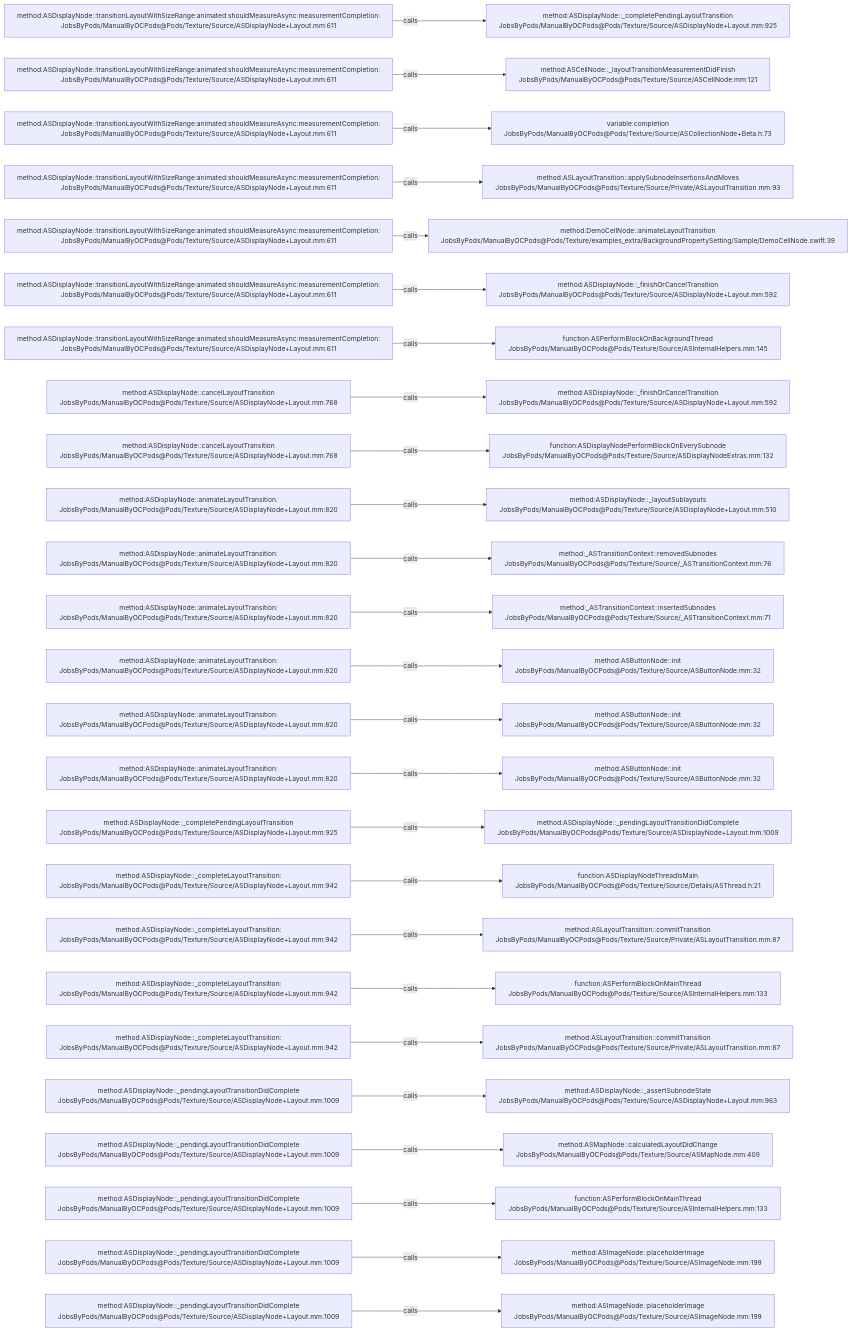
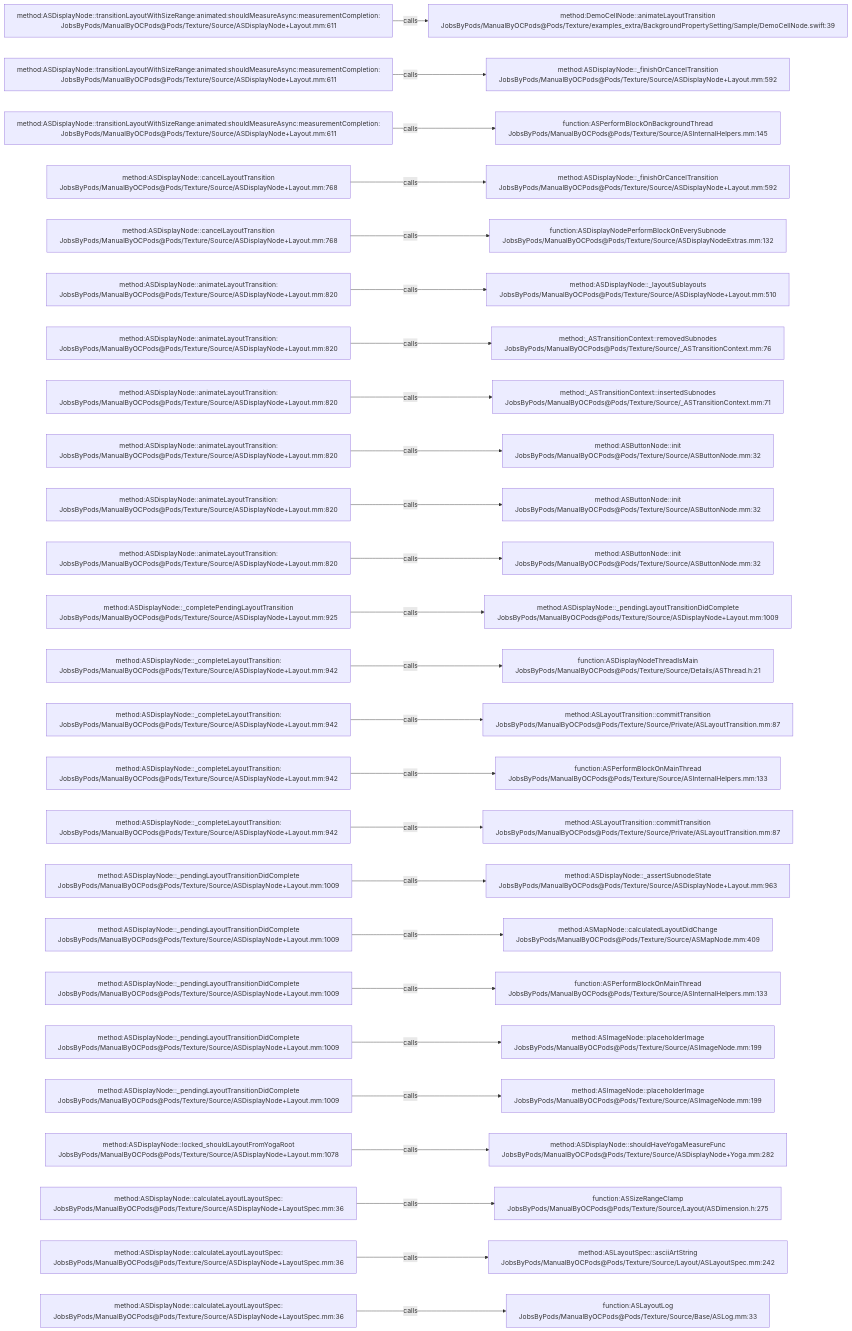
The diagram in .codegraph/codegraph.md/graphs/calls-091.md (JobsKits/JobsOCBaseConfigDemo), drawn with Mermaid before and after one commit. The commit also changed 727 other files, not shown here.

````diff
--- a/.codegraph/codegraph.md/graphs/calls-091.md
+++ b/.codegraph/codegraph.md/graphs/calls-091.md
@@ -13,78 +13,78 @@
 ```mermaid
 flowchart LR
   S1["method:ASDisplayNode::transitionLayoutWithSizeRange:animated:shouldMeasureAsync:measurementCompletion:<br/>JobsByPods/ManualByOCPods@Pods/Texture/Source/ASDisplayNode+Layout.mm:611"]
-  T1["method:ASDisplayNode::_completePendingLayoutTransition<br/>JobsByPods/ManualByOCPods@Pods/Texture/Source/ASDisplayNode+Layout.mm:925"]
+  T1["method:DemoCellNode::animateLayoutTransition<br/>JobsByPods/ManualByOCPods@Pods/Texture/examples_extra/BackgroundPropertySetting/Sample/DemoCellNode.swift:39"]
   S1 -->|calls| T1
   S2["method:ASDisplayNode::transitionLayoutWithSizeRange:animated:shouldMeasureAsync:measurementCompletion:<br/>JobsByPods/ManualByOCPods@Pods/Texture/Source/ASDisplayNode+Layout.mm:611"]
-  T2["method:ASCellNode::_layoutTransitionMeasurementDidFinish<br/>JobsByPods/ManualByOCPods@Pods/Texture/Source/ASCellNode.mm:121"]
+  T2["method:ASDisplayNode::_finishOrCancelTransition<br/>JobsByPods/ManualByOCPods@Pods/Texture/Source/ASDisplayNode+Layout.mm:592"]
   S2 -->|calls| T2
   S3["method:ASDisplayNode::transitionLayoutWithSizeRange:animated:shouldMeasureAsync:measurementCompletion:<br/>JobsByPods/ManualByOCPods@Pods/Texture/Source/ASDisplayNode+Layout.mm:611"]
-  T3["variable:completion<br/>JobsByPods/ManualByOCPods@Pods/Texture/Source/ASCollectionNode+Beta.h:73"]
+  T3["function:ASPerformBlockOnBackgroundThread<br/>JobsByPods/ManualByOCPods@Pods/Texture/Source/ASInternalHelpers.mm:145"]
   S3 -->|calls| T3
-  S4["method:ASDisplayNode::transitionLayoutWithSizeRange:animated:shouldMeasureAsync:measurementCompletion:<br/>JobsByPods/ManualByOCPods@Pods/Texture/Source/ASDisplayNode+Layout.mm:611"]
-  T4["method:ASLayoutTransition::applySubnodeInsertionsAndMoves<br/>JobsByPods/ManualByOCPods@Pods/Texture/Source/Private/ASLayoutTransition.mm:93"]
+  S4["method:ASDisplayNode::cancelLayoutTransition<br/>JobsByPods/ManualByOCPods@Pods/Texture/Source/ASDisplayNode+Layout.mm:768"]
+  T4["method:ASDisplayNode::_finishOrCancelTransition<br/>JobsByPods/ManualByOCPods@Pods/Texture/Source/ASDisplayNode+Layout.mm:592"]
   S4 -->|calls| T4
-  S5["method:ASDisplayNode::transitionLayoutWithSizeRange:animated:shouldMeasureAsync:measurementCompletion:<br/>JobsByPods/ManualByOCPods@Pods/Texture/Source/ASDisplayNode+Layout.mm:611"]
-  T5["method:DemoCellNode::animateLayoutTransition<br/>JobsByPods/ManualByOCPods@Pods/Texture/examples_extra/BackgroundPropertySetting/Sample/DemoCellNode.swift:39"]
+  S5["method:ASDisplayNode::cancelLayoutTransition<br/>JobsByPods/ManualByOCPods@Pods/Texture/Source/ASDisplayNode+Layout.mm:768"]
+  T5["function:ASDisplayNodePerformBlockOnEverySubnode<br/>JobsByPods/ManualByOCPods@Pods/Texture/Source/ASDisplayNodeExtras.mm:132"]
   S5 -->|calls| T5
-  S6["method:ASDisplayNode::transitionLayoutWithSizeRange:animated:shouldMeasureAsync:measurementCompletion:<br/>JobsByPods/ManualByOCPods@Pods/Texture/Source/ASDisplayNode+Layout.mm:611"]
-  T6["method:ASDisplayNode::_finishOrCancelTransition<br/>JobsByPods/ManualByOCPods@Pods/Texture/Source/ASDisplayNode+Layout.mm:592"]
+  S6["method:ASDisplayNode::animateLayoutTransition:<br/>JobsByPods/ManualByOCPods@Pods/Texture/Source/ASDisplayNode+Layout.mm:820"]
+  T6["method:ASDisplayNode::_layoutSublayouts<br/>JobsByPods/ManualByOCPods@Pods/Texture/Source/ASDisplayNode+Layout.mm:510"]
   S6 -->|calls| T6
-  S7["method:ASDisplayNode::transitionLayoutWithSizeRange:animated:shouldMeasureAsync:measurementCompletion:<br/>JobsByPods/ManualByOCPods@Pods/Texture/Source/ASDisplayNode+Layout.mm:611"]
-  T7["function:ASPerformBlockOnBackgroundThread<br/>JobsByPods/ManualByOCPods@Pods/Texture/Source/ASInternalHelpers.mm:145"]
+  S7["method:ASDisplayNode::animateLayoutTransition:<br/>JobsByPods/ManualByOCPods@Pods/Texture/Source/ASDisplayNode+Layout.mm:820"]
+  T7["method:_ASTransitionContext::removedSubnodes<br/>JobsByPods/ManualByOCPods@Pods/Texture/Source/_ASTransitionContext.mm:76"]
   S7 -->|calls| T7
-  S8["method:ASDisplayNode::cancelLayoutTransition<br/>JobsByPods/ManualByOCPods@Pods/Texture/Source/ASDisplayNode+Layout.mm:768"]
-  T8["method:ASDisplayNode::_finishOrCancelTransition<br/>JobsByPods/ManualByOCPods@Pods/Texture/Source/ASDisplayNode+Layout.mm:592"]
+  S8["method:ASDisplayNode::animateLayoutTransition:<br/>JobsByPods/ManualByOCPods@Pods/Texture/Source/ASDisplayNode+Layout.mm:820"]
+  T8["method:_ASTransitionContext::insertedSubnodes<br/>JobsByPods/ManualByOCPods@Pods/Texture/Source/_ASTransitionContext.mm:71"]
   S8 -->|calls| T8
-  S9["method:ASDisplayNode::cancelLayoutTransition<br/>JobsByPods/ManualByOCPods@Pods/Texture/Source/ASDisplayNode+Layout.mm:768"]
-  T9["function:ASDisplayNodePerformBlockOnEverySubnode<br/>JobsByPods/ManualByOCPods@Pods/Texture/Source/ASDisplayNodeExtras.mm:132"]
+  S9["method:ASDisplayNode::animateLayoutTransition:<br/>JobsByPods/ManualByOCPods@Pods/Texture/Source/ASDisplayNode+Layout.mm:820"]
+  T9["method:ASButtonNode::init<br/>JobsByPods/ManualByOCPods@Pods/Texture/Source/ASButtonNode.mm:32"]
   S9 -->|calls| T9
   S10["method:ASDisplayNode::animateLayoutTransition:<br/>JobsByPods/ManualByOCPods@Pods/Texture/Source/ASDisplayNode+Layout.mm:820"]
-  T10["method:ASDisplayNode::_layoutSublayouts<br/>JobsByPods/ManualByOCPods@Pods/Texture/Source/ASDisplayNode+Layout.mm:510"]
+  T10["method:ASButtonNode::init<br/>JobsByPods/ManualByOCPods@Pods/Texture/Source/ASButtonNode.mm:32"]
   S10 -->|calls| T10
   S11["method:ASDisplayNode::animateLayoutTransition:<br/>JobsByPods/ManualByOCPods@Pods/Texture/Source/ASDisplayNode+Layout.mm:820"]
-  T11["method:_ASTransitionContext::removedSubnodes<br/>JobsByPods/ManualByOCPods@Pods/Texture/Source/_ASTransitionContext.mm:76"]
+  T11["method:ASButtonNode::init<br/>JobsByPods/ManualByOCPods@Pods/Texture/Source/ASButtonNode.mm:32"]
   S11 -->|calls| T11
-  S12["method:ASDisplayNode::animateLayoutTransition:<br/>JobsByPods/ManualByOCPods@Pods/Texture/Source/ASDisplayNode+Layout.mm:820"]
-  T12["method:_ASTransitionContext::insertedSubnodes<br/>JobsByPods/ManualByOCPods@Pods/Texture/Source/_ASTransitionContext.mm:71"]
+  S12["method:ASDisplayNode::_completePendingLayoutTransition<br/>JobsByPods/ManualByOCPods@Pods/Texture/Source/ASDisplayNode+Layout.mm:925"]
+  T12["method:ASDisplayNode::_pendingLayoutTransitionDidComplete<br/>JobsByPods/ManualByOCPods@Pods/Texture/Source/ASDisplayNode+Layout.mm:1009"]
   S12 -->|calls| T12
-  S13["method:ASDisplayNode::animateLayoutTransition:<br/>JobsByPods/ManualByOCPods@Pods/Texture/Source/ASDisplayNode+Layout.mm:820"]
-  T13["method:ASButtonNode::init<br/>JobsByPods/ManualByOCPods@Pods/Texture/Source/ASButtonNode.mm:32"]
+  S13["method:ASDisplayNode::_completeLayoutTransition:<br/>JobsByPods/ManualByOCPods@Pods/Texture/Source/ASDisplayNode+Layout.mm:942"]
+  T13["function:ASDisplayNodeThreadIsMain<br/>JobsByPods/ManualByOCPods@Pods/Texture/Source/Details/ASThread.h:21"]
   S13 -->|calls| T13
-  S14["method:ASDisplayNode::animateLayoutTransition:<br/>JobsByPods/ManualByOCPods@Pods/Texture/Source/ASDisplayNode+Layout.mm:820"]
-  T14["method:ASButtonNode::init<br/>JobsByPods/ManualByOCPods@Pods/Texture/Source/ASButtonNode.mm:32"]
+  S14["method:ASDisplayNode::_completeLayoutTransition:<br/>JobsByPods/ManualByOCPods@Pods/Texture/Source/ASDisplayNode+Layout.mm:942"]
+  T14["method:ASLayoutTransition::commitTransition<br/>JobsByPods/ManualByOCPods@Pods/Texture/Source/Private/ASLayoutTransition.mm:87"]
   S14 -->|calls| T14
-  S15["method:ASDisplayNode::animateLayoutTransition:<br/>JobsByPods/ManualByOCPods@Pods/Texture/Source/ASDisplayNode+Layout.mm:820"]
-  T15["method:ASButtonNode::init<br/>JobsByPods/ManualByOCPods@Pods/Texture/Source/ASButtonNode.mm:32"]
+  S15["method:ASDisplayNode::_completeLayoutTransition:<br/>JobsByPods/ManualByOCPods@Pods/Texture/Source/ASDisplayNode+Layout.mm:942"]
+  T15["function:ASPerformBlockOnMainThread<br/>JobsByPods/ManualByOCPods@Pods/Texture/Source/ASInternalHelpers.mm:133"]
   S15 -->|calls| T15
-  S16["method:ASDisplayNode::_completePendingLayoutTransition<br/>JobsByPods/ManualByOCPods@Pods/Texture/Source/ASDisplayNode+Layout.mm:925"]
-  T16["method:ASDisplayNode::_pendingLayoutTransitionDidComplete<br/>JobsByPods/ManualByOCPods@Pods/Texture/Source/ASDisplayNode+Layout.mm:1009"]
+  S16["method:ASDisplayNode::_completeLayoutTransition:<br/>JobsByPods/ManualByOCPods@Pods/Texture/Source/ASDisplayNode+Layout.mm:942"]
+  T16["method:ASLayoutTransition::commitTransition<br/>JobsByPods/ManualByOCPods@Pods/Texture/Source/Private/ASLayoutTransition.mm:87"]
   S16 -->|calls| T16
-  S17["method:ASDisplayNode::_completeLayoutTransition:<br/>JobsByPods/ManualByOCPods@Pods/Texture/Source/ASDisplayNode+Layout.mm:942"]
-  T17["function:ASDisplayNodeThreadIsMain<br/>JobsByPods/ManualByOCPods@Pods/Texture/Source/Details/ASThread.h:21"]
+  S17["method:ASDisplayNode::_pendingLayoutTransitionDidComplete<br/>JobsByPods/ManualByOCPods@Pods/Texture/Source/ASDisplayNode+Layout.mm:1009"]
+  T17["method:ASDisplayNode::_assertSubnodeState<br/>JobsByPods/ManualByOCPods@Pods/Texture/Source/ASDisplayNode+Layout.mm:963"]
   S17 -->|calls| T17
-  S18["method:ASDisplayNode::_completeLayoutTransition:<br/>JobsByPods/ManualByOCPods@Pods/Texture/Source/ASDisplayNode+Layout.mm:942"]
-  T18["method:ASLayoutTransition::commitTransition<br/>JobsByPods/ManualByOCPods@Pods/Texture/Source/Private/ASLayoutTransition.mm:87"]
+  S18["method:ASDisplayNode::_pendingLayoutTransitionDidComplete<br/>JobsByPods/ManualByOCPods@Pods/Texture/Source/ASDisplayNode+Layout.mm:1009"]
+  T18["method:ASMapNode::calculatedLayoutDidChange<br/>JobsByPods/ManualByOCPods@Pods/Texture/Source/ASMapNode.mm:409"]
   S18 -->|calls| T18
-  S19["method:ASDisplayNode::_completeLayoutTransition:<br/>JobsByPods/ManualByOCPods@Pods/Texture/Source/ASDisplayNode+Layout.mm:942"]
+  S19["method:ASDisplayNode::_pendingLayoutTransitionDidComplete<br/>JobsByPods/ManualByOCPods@Pods/Texture/Source/ASDisplayNode+Layout.mm:1009"]
   T19["function:ASPerformBlockOnMainThread<br/>JobsByPods/ManualByOCPods@Pods/Texture/Source/ASInternalHelpers.mm:133"]
   S19 -->|calls| T19
-  S20["method:ASDisplayNode::_completeLayoutTransition:<br/>JobsByPods/ManualByOCPods@Pods/Texture/Source/ASDisplayNode+Layout.mm:942"]
-  T20["method:ASLayoutTransition::commitTransition<br/>JobsByPods/ManualByOCPods@Pods/Texture/Source/Private/ASLayoutTransition.mm:87"]
+  S20["method:ASDisplayNode::_pendingLayoutTransitionDidComplete<br/>JobsByPods/ManualByOCPods@Pods/Texture/Source/ASDisplayNode+Layout.mm:1009"]
+  T20["method:ASImageNode::placeholderImage<br/>JobsByPods/ManualByOCPods@Pods/Texture/Source/ASImageNode.mm:199"]
   S20 -->|calls| T20
   S21["method:ASDisplayNode::_pendingLayoutTransitionDidComplete<br/>JobsByPods/ManualByOCPods@Pods/Texture/Source/ASDisplayNode+Layout.mm:1009"]
-  T21["method:ASDisplayNode::_assertSubnodeState<br/>JobsByPods/ManualByOCPods@Pods/Texture/Source/ASDisplayNode+Layout.mm:963"]
+  T21["method:ASImageNode::placeholderImage<br/>JobsByPods/ManualByOCPods@Pods/Texture/Source/ASImageNode.mm:199"]
   S21 -->|calls| T21
-  S22["method:ASDisplayNode::_pendingLayoutTransitionDidComplete<br/>JobsByPods/ManualByOCPods@Pods/Texture/Source/ASDisplayNode+Layout.mm:1009"]
-  T22["method:ASMapNode::calculatedLayoutDidChange<br/>JobsByPods/ManualByOCPods@Pods/Texture/Source/ASMapNode.mm:409"]
+  S22["method:ASDisplayNode::locked_shouldLayoutFromYogaRoot<br/>JobsByPods/ManualByOCPods@Pods/Texture/Source/ASDisplayNode+Layout.mm:1078"]
+  T22["method:ASDisplayNode::shouldHaveYogaMeasureFunc<br/>JobsByPods/ManualByOCPods@Pods/Texture/Source/ASDisplayNode+Yoga.mm:282"]
   S22 -->|calls| T22
-  S23["method:ASDisplayNode::_pendingLayoutTransitionDidComplete<br/>JobsByPods/ManualByOCPods@Pods/Texture/Source/ASDisplayNode+Layout.mm:1009"]
-  T23["function:ASPerformBlockOnMainThread<br/>JobsByPods/ManualByOCPods@Pods/Texture/Source/ASInternalHelpers.mm:133"]
+  S23["method:ASDisplayNode::calculateLayoutLayoutSpec:<br/>JobsByPods/ManualByOCPods@Pods/Texture/Source/ASDisplayNode+LayoutSpec.mm:36"]
+  T23["function:ASSizeRangeClamp<br/>JobsByPods/ManualByOCPods@Pods/Texture/Source/Layout/ASDimension.h:275"]
   S23 -->|calls| T23
-  S24["method:ASDisplayNode::_pendingLayoutTransitionDidComplete<br/>JobsByPods/ManualByOCPods@Pods/Texture/Source/ASDisplayNode+Layout.mm:1009"]
-  T24["method:ASImageNode::placeholderImage<br/>JobsByPods/ManualByOCPods@Pods/Texture/Source/ASImageNode.mm:199"]
+  S24["method:ASDisplayNode::calculateLayoutLayoutSpec:<br/>JobsByPods/ManualByOCPods@Pods/Texture/Source/ASDisplayNode+LayoutSpec.mm:36"]
+  T24["method:ASLayoutSpec::asciiArtString<br/>JobsByPods/ManualByOCPods@Pods/Texture/Source/Layout/ASLayoutSpec.mm:242"]
   S24 -->|calls| T24
-  S25["method:ASDisplayNode::_pendingLayoutTransitionDidComplete<br/>JobsByPods/ManualByOCPods@Pods/Texture/Source/ASDisplayNode+Layout.mm:1009"]
-  T25["method:ASImageNode::placeholderImage<br/>JobsByPods/ManualByOCPods@Pods/Texture/Source/ASImageNode.mm:199"]
+  S25["method:ASDisplayNode::calculateLayoutLayoutSpec:<br/>JobsByPods/ManualByOCPods@Pods/Texture/Source/ASDisplayNode+LayoutSpec.mm:36"]
+  T25["function:ASLayoutLog<br/>JobsByPods/ManualByOCPods@Pods/Texture/Source/Base/ASLog.mm:33"]
   S25 -->|calls| T25
 ```
````
